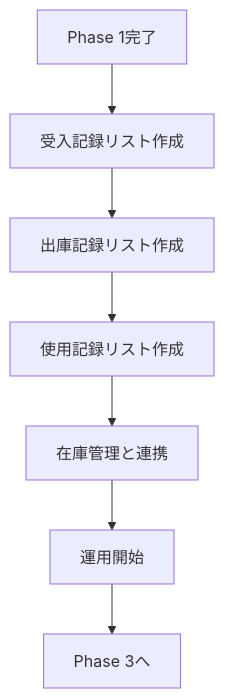
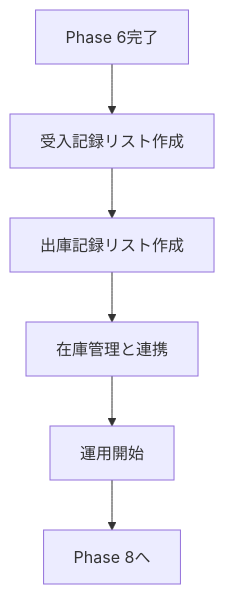
The first of 2 diagrams in Documents/Phase7_受入出庫記録計画書.md (satoshi19840417/sharepoint), drawn with Mermaid before and after one commit. The commit also changed other lines of this file, not shown here.

Commit message:
Phase 7計画書を更新: フロー図修正、用途選択肢追加、在庫連携キー追加

````diff
--- a/Documents/Phase7_受入出庫記録計画書.md
+++ b/Documents/Phase7_受入出庫記録計画書.md
@@ -20,9 +20,8 @@
 ```mermaid
 flowchart TD
-    A[Phase 1完了] --> B[受入記録リスト作成]
+    A[Phase 6完了] --> B[受入記録リスト作成]
     B --> C[出庫記録リスト作成]
-    C --> D[使用記録リスト作成]
-    D --> E[在庫管理と連携]
-    E --> F[運用開始]
-    F --> G[Phase 3へ]
+    C --> D[在庫管理と連携]
+    D --> E[運用開始]
+    E --> F[Phase 8へ]
 ```
````
